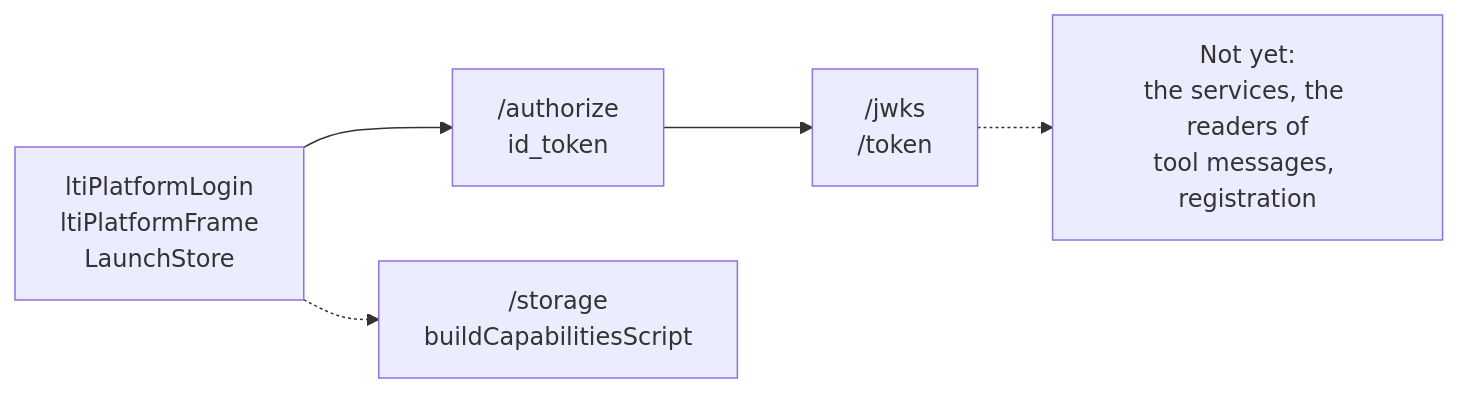
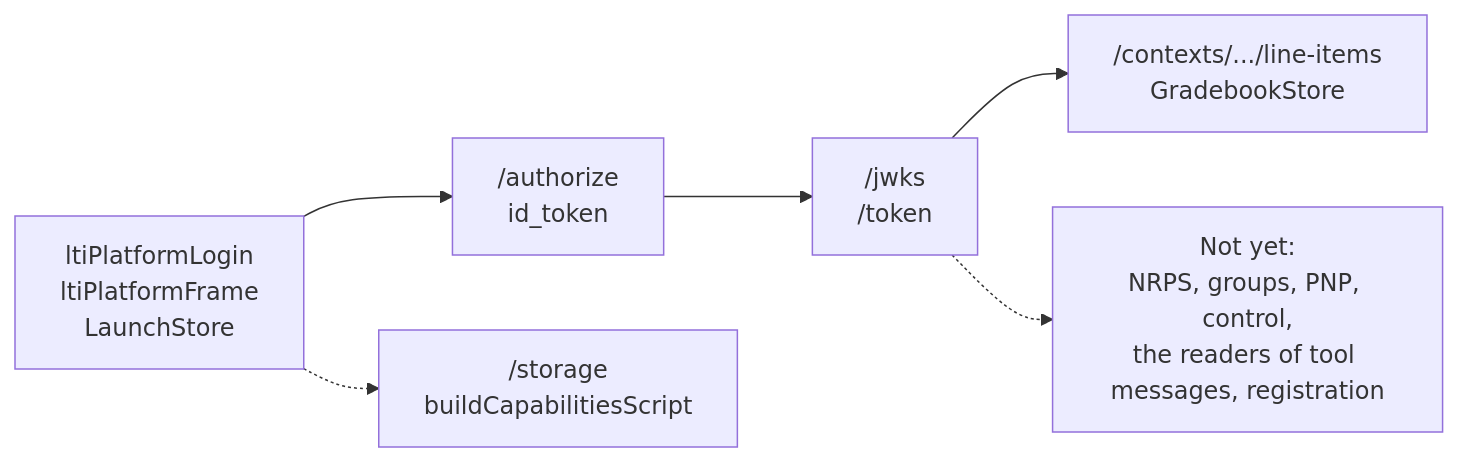
Before and after one commit to interopkit/interopkit: the second of 2 diagrams in docs/tool-integration/supported.md, drawn with Mermaid. The commit also changed other lines of this file and 58 other files, not shown here.

First line of the commit message:
Serve and call the Assignment and Grade Services over a GradebookStore, with a service client that reuses its tokens

````diff
--- a/docs/tool-integration/supported.md
+++ b/docs/tool-integration/supported.md
@@ -51,7 +51,8 @@
 ```mermaid
 flowchart LR
   login["ltiPlatformLogin<br/>ltiPlatformFrame<br/>LaunchStore"] --> authorize["/authorize<br/>id_token"]
   authorize --> token["/jwks<br/>/token"]
   login -.-> storage["/storage<br/>buildCapabilitiesScript"]
-  token -.-> missing["Not yet:<br/>the services, the readers of<br/>tool messages, registration"]
+  token --> ags["/contexts/.../line-items<br/>GradebookStore"]
+  token -.-> missing["Not yet:<br/>NRPS, groups, PNP, control,<br/>the readers of tool messages, registration"]
 ```
````
